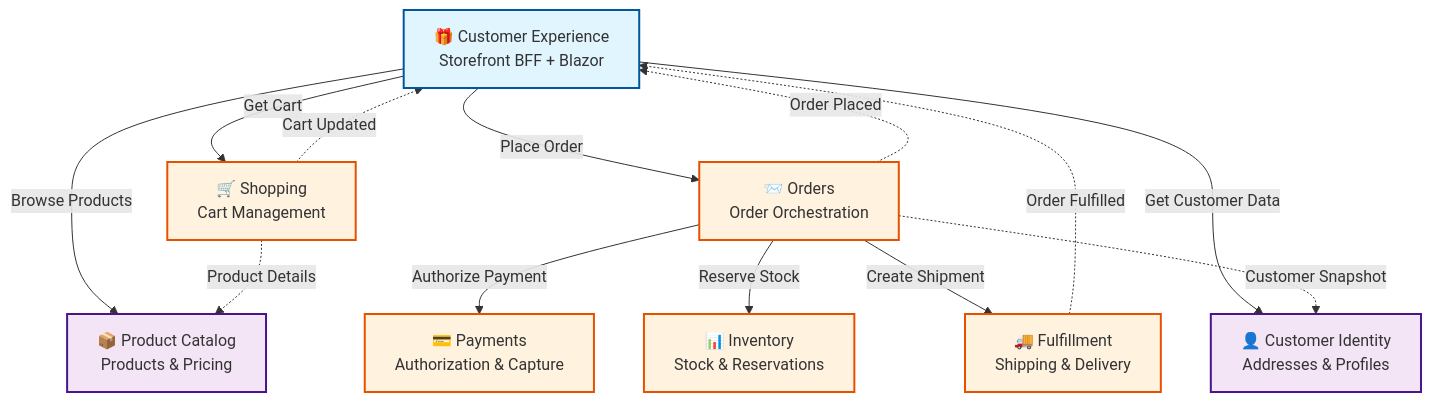
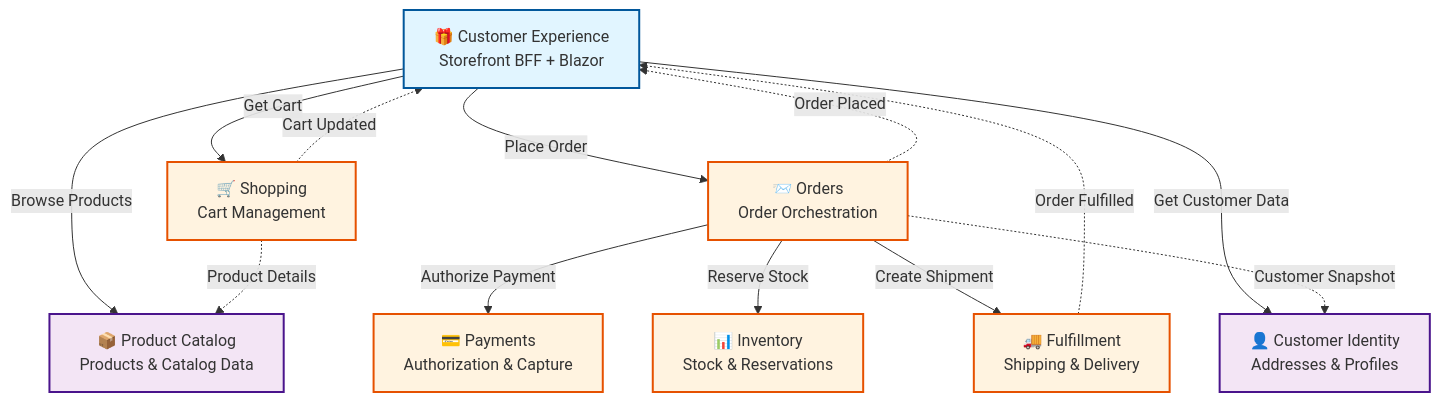
One commit to erikshafer/CritterSupply changed the diagram in README.md. Above: the diagram before and after it, drawn with Mermaid. The commit also changed other lines of this file and 11 other files, not shown here.

````diff
--- a/README.md
+++ b/README.md
@@ -109,44 +109,44 @@
 ```mermaid
 graph TB
     %% Customer-Facing Layer
     CE[🎁 Customer Experience<br/>Storefront BFF + Blazor]
     
     %% Core Business Contexts
     Shopping[🛒 Shopping<br/>Cart Management]
     Orders[📨 Orders<br/>Order Orchestration]
     Payments[💳 Payments<br/>Authorization & Capture]
     Inventory[📊 Inventory<br/>Stock & Reservations]
     Fulfillment[🚚 Fulfillment<br/>Shipping & Delivery]
     
     %% Supporting Contexts
     CustomerID[👤 Customer Identity<br/>Addresses & Profiles]
-    Catalog[📦 Product Catalog<br/>Products & Pricing]
+    Catalog[📦 Product Catalog<br/>Products & Catalog Data]
     
     %% Customer Experience interactions
     CE -->|Get Cart| Shopping
     CE -->|Place Order| Orders
     CE -->|Browse Products| Catalog
     CE -->|Get Customer Data| CustomerID
     
     %% Order Orchestration (Saga)
     Orders -->|Authorize Payment| Payments
     Orders -->|Reserve Stock| Inventory
     Orders -->|Create Shipment| Fulfillment
     
     %% Data enrichment
     Shopping -.->|Product Details| Catalog
     Orders -.->|Customer Snapshot| CustomerID
     
     %% Real-time notifications
     Shopping -.->|Cart Updated| CE
     Orders -.->|Order Placed| CE
     Fulfillment -.->|Order Fulfilled| CE
     
     classDef bff fill:#e1f5ff,stroke:#01579b,stroke-width:2px
     classDef core fill:#fff3e0,stroke:#e65100,stroke-width:2px
     classDef support fill:#f3e5f5,stroke:#4a148c,stroke-width:2px
     
     class CE bff
     class Shopping,Orders,Payments,Inventory,Fulfillment core
     class CustomerID,Catalog support
 ```
````
